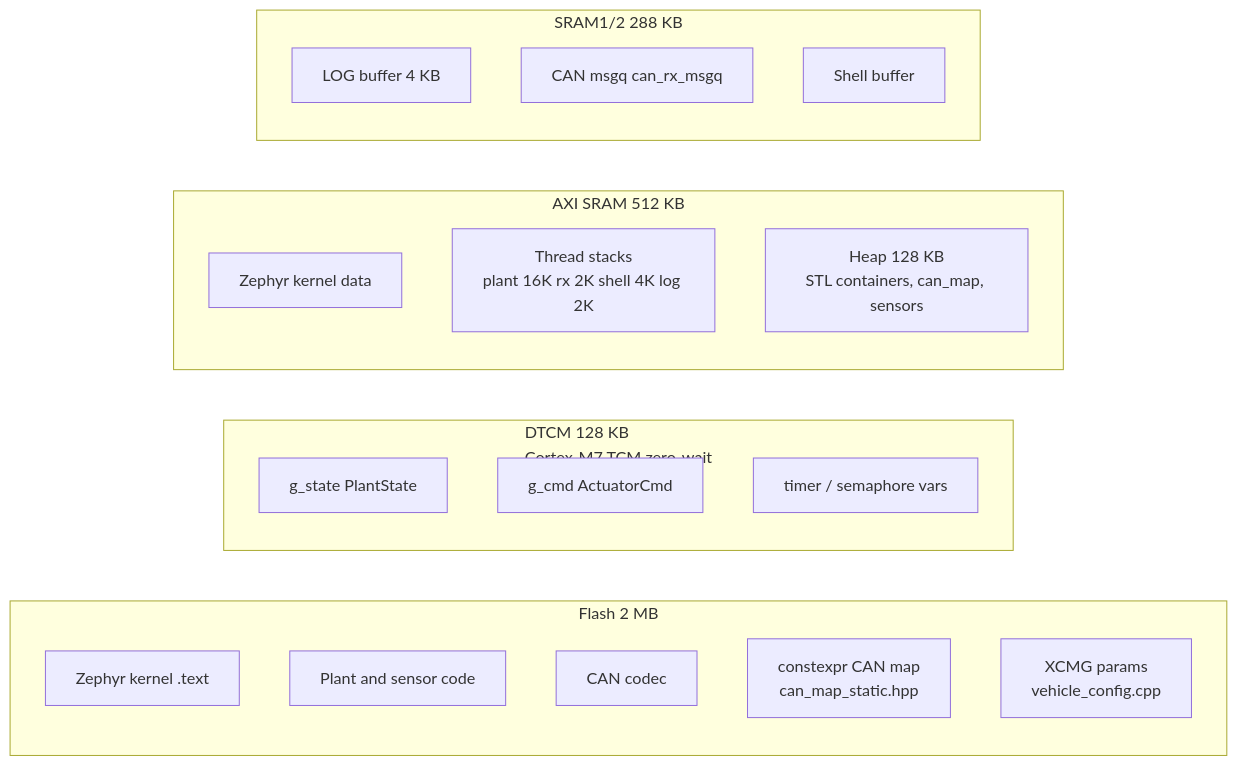
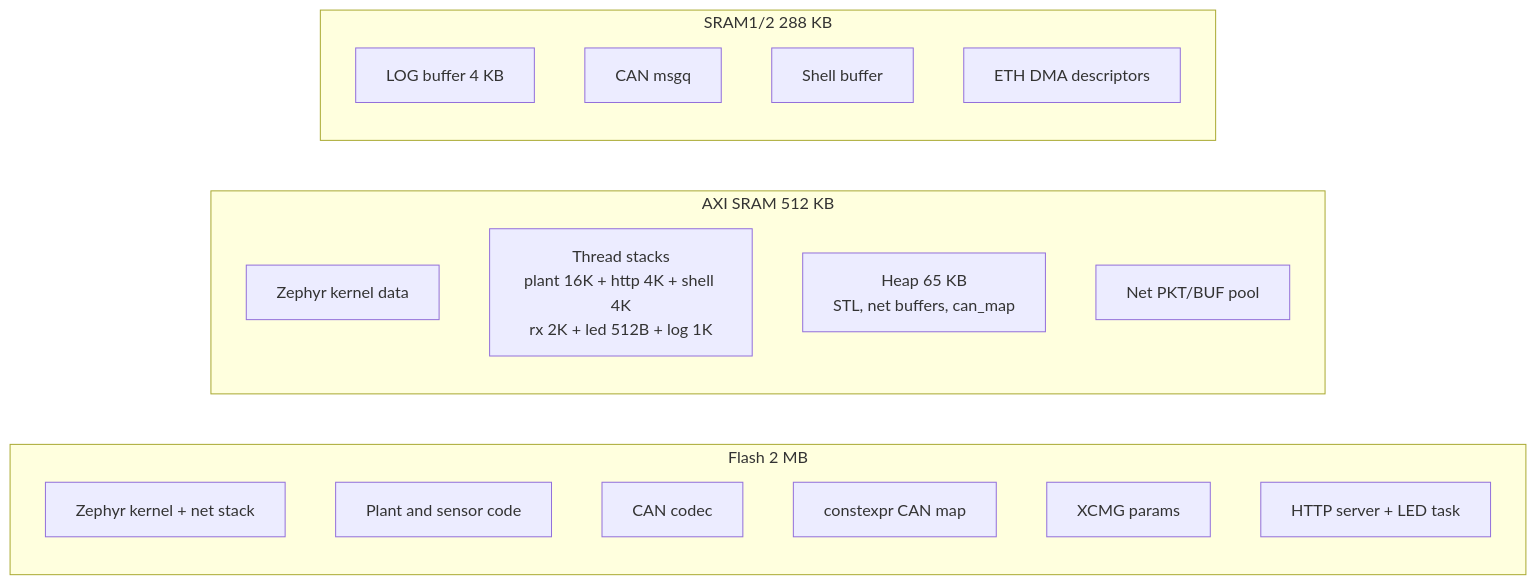
One commit to mtilocca/vehicle-Dynamics-Sim-Can changed the sixth of 7 diagrams in docs/zephyr/ZEPHYR_PORT.md. Above: the diagram before and after it, drawn with Mermaid. The commit also changed other lines of this file and 3 other files, not shown here.

````diff
--- a/docs/zephyr/ZEPHYR_PORT.md
+++ b/docs/zephyr/ZEPHYR_PORT.md
@@ -530,28 +555,25 @@
 ```mermaid
 graph LR
     subgraph FLASH["Flash 2 MB"]
-        F1["Zephyr kernel .text"]
+        F1["Zephyr kernel + net stack"]
         F2["Plant and sensor code"]
         F3["CAN codec"]
-        F4["constexpr CAN map\ncan_map_static.hpp"]
-        F5["XCMG params\nvehicle_config.cpp"]
-    end
-
-    subgraph DTCM["DTCM 128 KB\nCortex-M7 TCM zero-wait"]
-        D1["g_state PlantState"]
-        D2["g_cmd ActuatorCmd"]
-        D3["timer / semaphore vars"]
+        F4["constexpr CAN map"]
+        F5["XCMG params"]
+        F6["HTTP server + LED task"]
     end
 
     subgraph AXI["AXI SRAM 512 KB"]
         A1["Zephyr kernel data"]
-        A2["Thread stacks\nplant 16K rx 2K shell 4K log 2K"]
-        A3["Heap 128 KB\nSTL containers, can_map, sensors"]
+        A2["Thread stacks\nplant 16K + http 4K + shell 4K\nrx 2K + led 512B + log 1K"]
+        A3["Heap 65 KB\nSTL, net buffers, can_map"]
+        A4["Net PKT/BUF pool"]
     end
 
     subgraph SRAM12["SRAM1/2 288 KB"]
         S1["LOG buffer 4 KB"]
-        S2["CAN msgq can_rx_msgq"]
+        S2["CAN msgq"]
         S3["Shell buffer"]
+        S4["ETH DMA descriptors"]
     end
 ```
````
